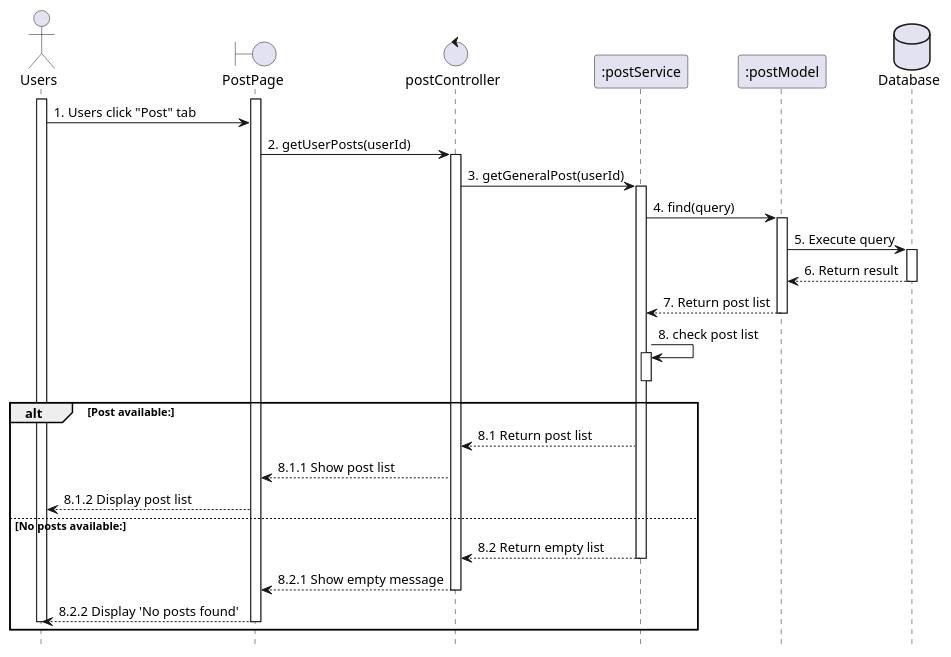
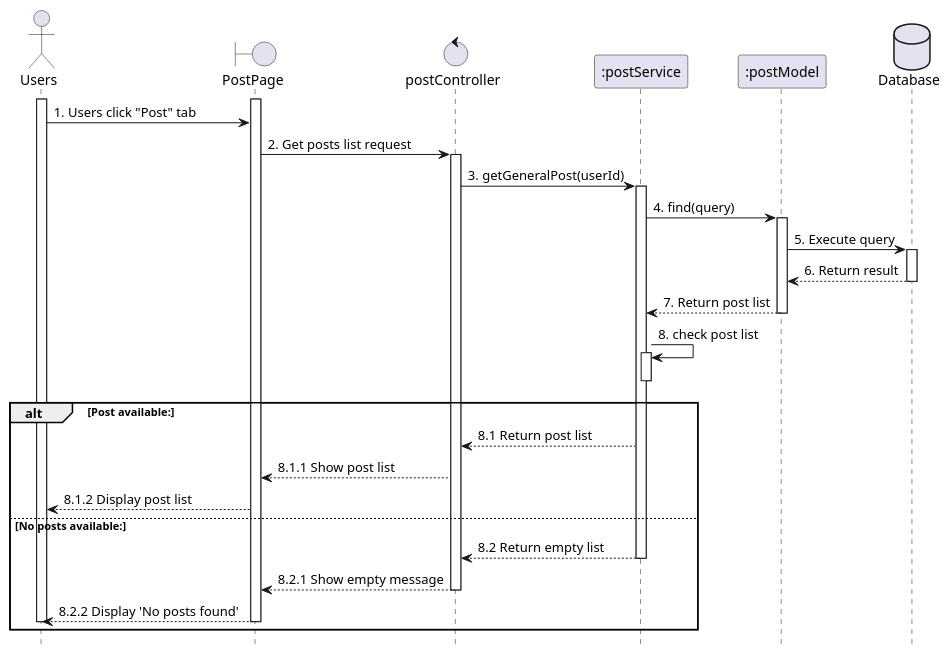
One commit to VietDurian/VietDurian changed the diagram in planuml/web/85_viewPostList.puml. Above: the diagram before and after it, drawn with PlantUML. The commit also changed 33 other files, not shown here.

```diff
--- a/planuml/web/85_viewPostList.puml
+++ b/planuml/web/85_viewPostList.puml
@@ -1,46 +1,46 @@
 @startuml 85_viewPostList
 skinparam shadowing false
 skinparam sequenceArrowThickness 1
 hide footbox
 
 actor Farmer as "Users"
 boundary PostPage as UI 
 control postController as Controller 
 participant ":postService" as Service 
 participant ":postModel" as Model 
 database Database as DB 
 
 activate Farmer
 activate UI
 Farmer -> UI : 1. Users click "Post" tab
 
-UI -> Controller : 2. getUserPosts(userId)
+UI -> Controller : 2. Get posts list request
 activate Controller
 
 Controller -> Service : 3. getGeneralPost(userId)
 activate Service
 Service -> Model : 4. find(query)
 activate Model
 Model -> DB : 5. Execute query
 activate DB
 DB --> Model : 6. Return result
 deactivate DB
 Model --> Service : 7. Return post list
 deactivate Model
     Service -> Service : 8. check post list
 activate Service
 deactivate Service
 alt Post available:
     Service --> Controller : 8.1 Return post list
     Controller --> UI : 8.1.1 Show post list
     UI --> Farmer : 8.1.2 Display post list
 else No posts available:
     Service --> Controller : 8.2 Return empty list
     deactivate Service
     Controller --> UI : 8.2.1 Show empty message
     deactivate Controller
     UI --> Farmer : 8.2.2 Display 'No posts found'
     deactivate UI
     deactivate Farmer
 end
 @enduml
```
